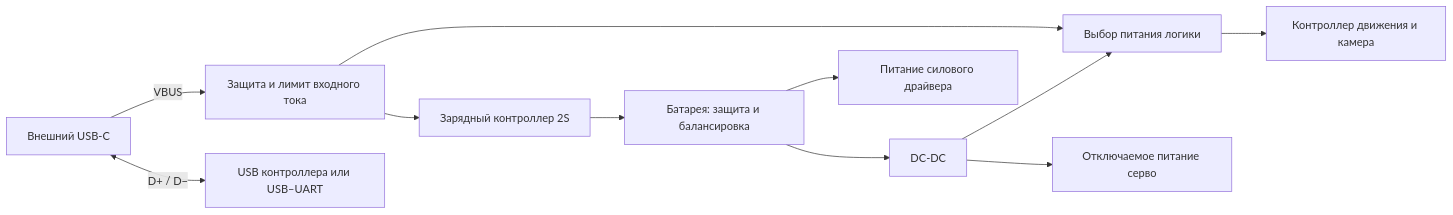
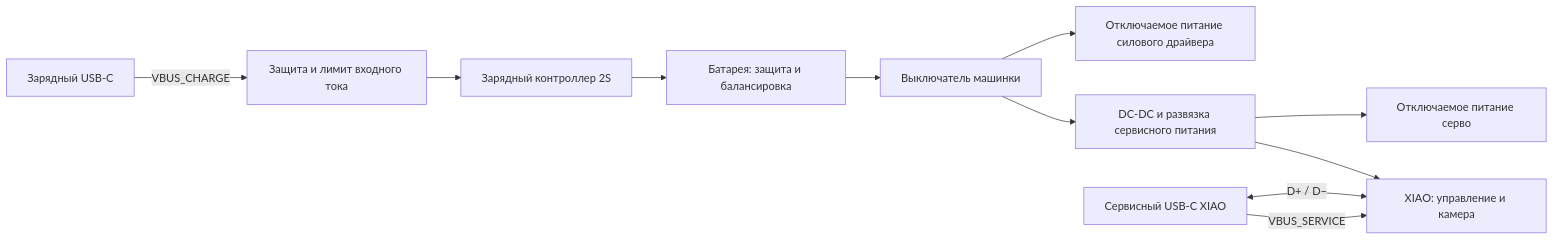
The second of 2 diagrams in docs/architecture-and-unknowns.md (BlowYourBrain/RaceRemote), drawn with Mermaid before and after one commit. The commit also changed other lines of this file and 7 other files, not shown here.

````diff
--- a/docs/architecture-and-unknowns.md
+++ b/docs/architecture-and-unknowns.md
@@ -50,13 +50,13 @@
 ```mermaid
 flowchart LR
-    USB[Внешний USB-C] -->|VBUS| Input[Защита и лимит входного тока]
+    USB[Зарядный USB-C] -->|VBUS_CHARGE| Input[Защита и лимит входного тока]
     Input --> Charger[Зарядный контроллер 2S]
     Charger --> Battery[Батарея: защита и балансировка]
-    Input --> Select[Выбор питания логики]
-    Battery --> DC[DC-DC]
-    DC --> Select
-    Select --> Logic[Контроллер движения и камера]
-    Battery --> Drive[Питание силового драйвера]
+    Battery --> Switch[Выключатель машинки]
+    Switch --> DC[DC-DC и развязка сервисного питания]
+    DC --> Logic[XIAO: управление и камера]
+    Switch --> Drive[Отключаемое питание силового драйвера]
     DC --> ServoPower[Отключаемое питание серво]
-    USB <-->|D+ / D−| Data[USB контроллера или USB–UART]
+    Service[Сервисный USB-C XIAO] -->|VBUS_SERVICE| Logic
+    Service <-->|D+ / D−| Logic
 ```
````
